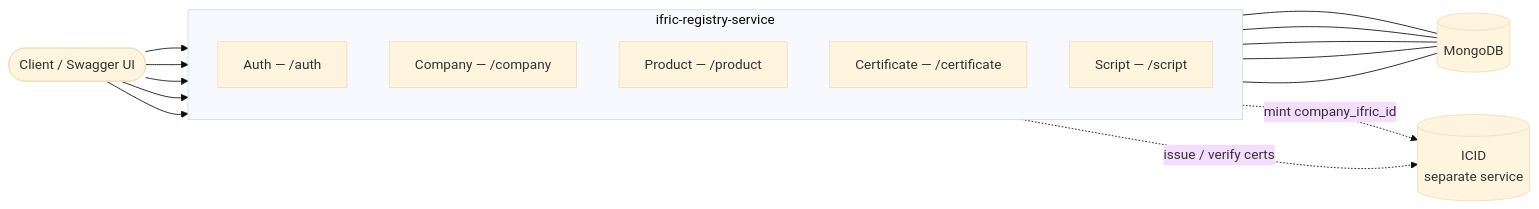
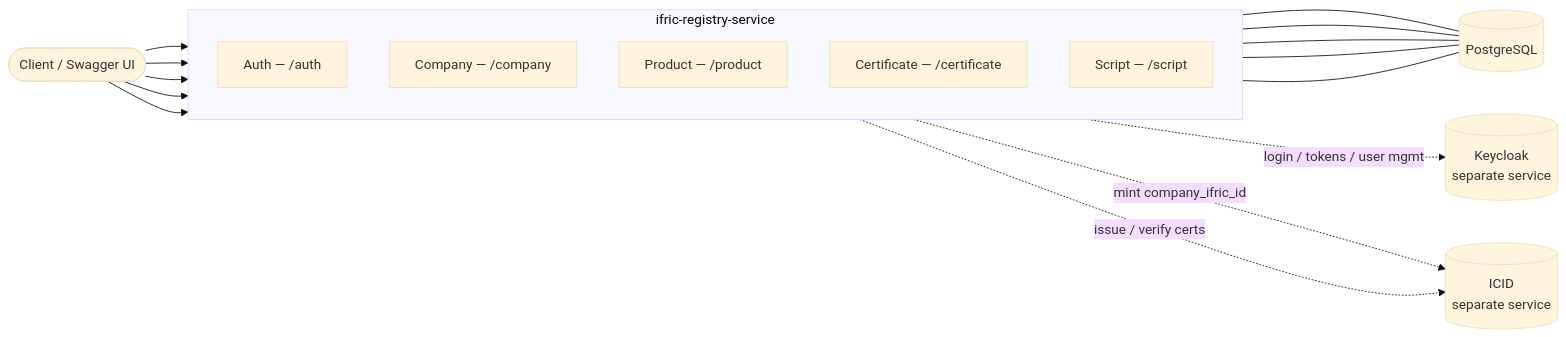
The first of 2 diagrams in README.md (IndustryFusion/ifric-registry-service-oss), drawn with Mermaid (base theme) before and after one commit. The commit also changed other lines of this file and 98 other files, not shown here.

````diff
--- a/README.md
+++ b/README.md
@@ -9,25 +22,27 @@
 ```mermaid
 flowchart LR
     Client(["Client / Swagger UI"])
 
     subgraph App["ifric-registry-service"]
         direction TB
         Auth["Auth — /auth"]
         Company["Company — /company"]
         Product["Product — /product"]
         Cert["Certificate — /certificate"]
         Script["Script — /script"]
     end
 
-    Mongo[("MongoDB")]
+    PG[("PostgreSQL")]
     ICID[("ICID<br/>separate service")]
+    KC[("Keycloak<br/>separate service")]
 
     Client --> Auth & Company & Product & Cert & Script
-    Auth --- Mongo
-    Company --- Mongo
-    Product --- Mongo
-    Cert --- Mongo
-    Script --- Mongo
+    Auth --- PG
+    Company --- PG
+    Product --- PG
+    Cert --- PG
+    Script --- PG
+    Auth -. "login / tokens / user mgmt" .-> KC
     Company -. "mint company_ifric_id" .-> ICID
     Cert -. "issue / verify certs" .-> ICID
 ```
````
